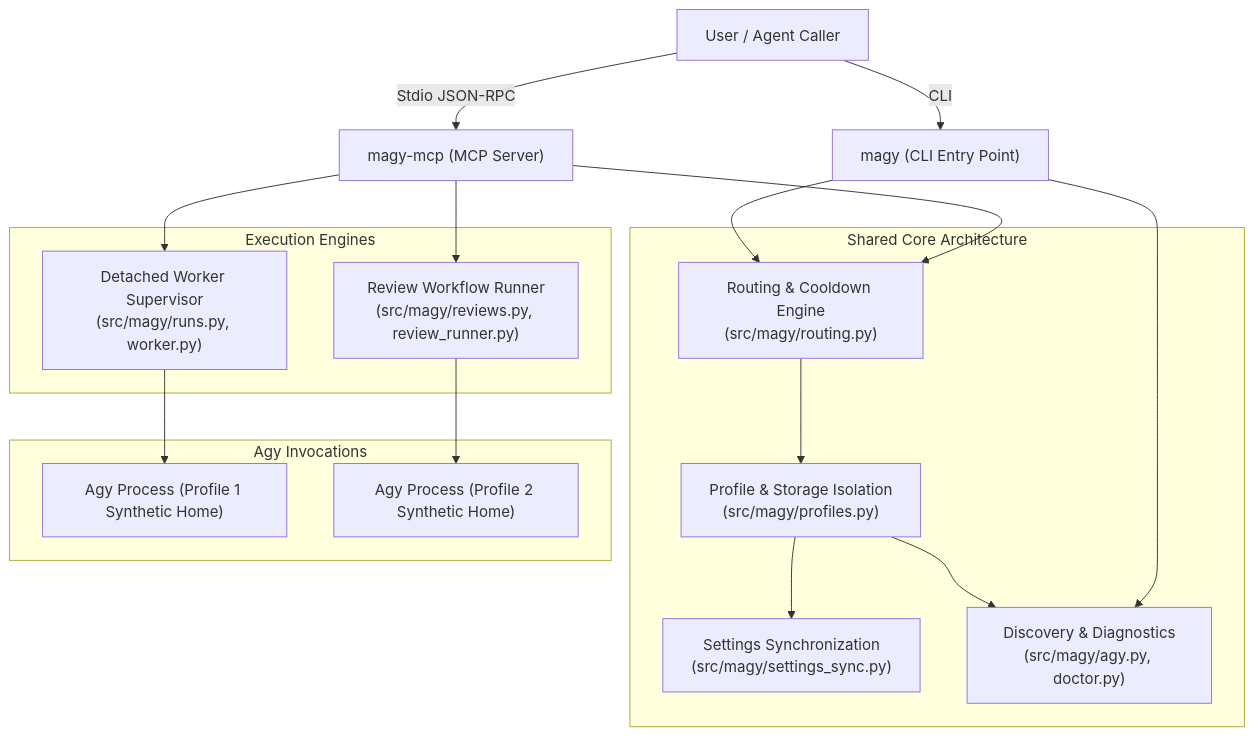
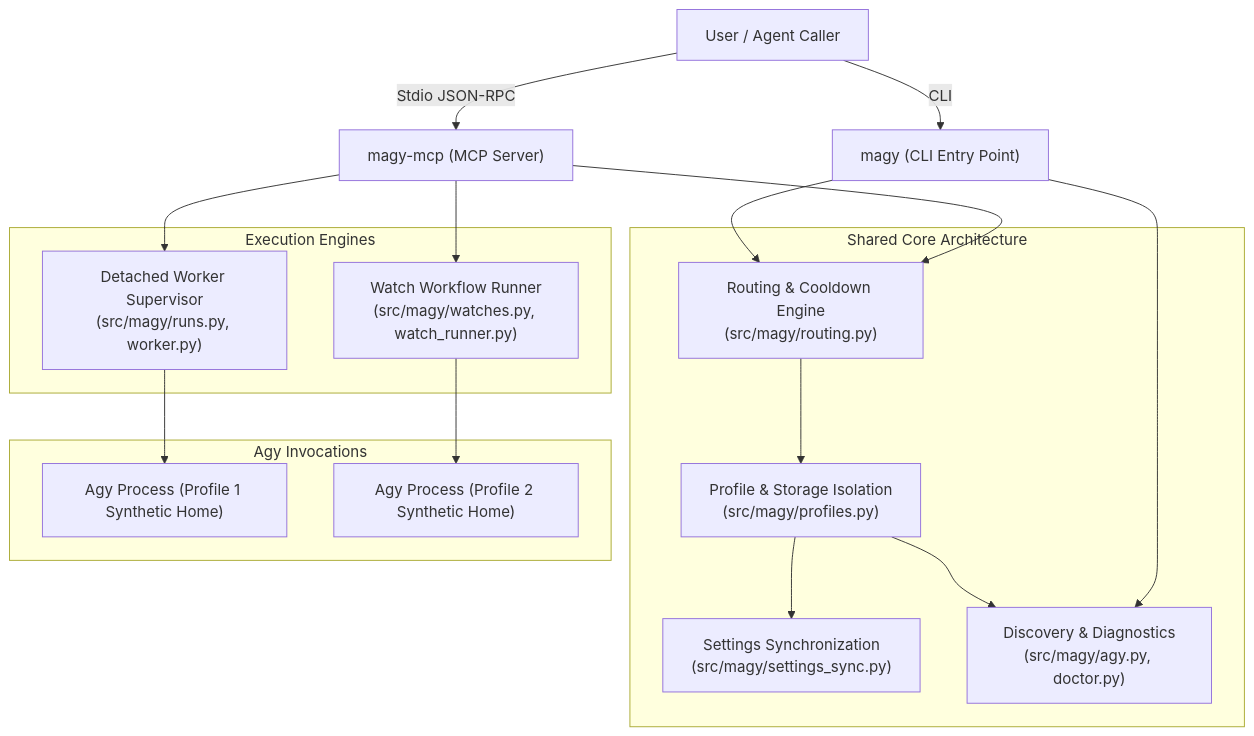
The first of 2 diagrams in docs/architecture/overview.md (vufly/magy), drawn with Mermaid before and after one commit. The commit also changed other lines of this file and 11 other files, not shown here.

Commit message:
refactor: eliminate review_* and legacy aliases in favor of watch_* domain

````diff
--- a/docs/architecture/overview.md
+++ b/docs/architecture/overview.md
@@ -14,35 +14,35 @@
 ```mermaid
 flowchart TD
     User["User / Agent Caller"] -->|CLI| CLI["magy (CLI Entry Point)"]
     User -->|Stdio JSON-RPC| MCP["magy-mcp (MCP Server)"]
     
     subgraph Core ["Shared Core Architecture"]
         Routing["Routing & Cooldown Engine\n(src/magy/routing.py)"]
         Profiles["Profile & Storage Isolation\n(src/magy/profiles.py)"]
         Sync["Settings Synchronization\n(src/magy/settings_sync.py)"]
         Discovery["Discovery & Diagnostics\n(src/magy/agy.py, doctor.py)"]
     end
     
     CLI --> Routing
     MCP --> Routing
     Routing --> Profiles
     Profiles --> Sync
     Profiles --> Discovery
     
     subgraph Execution ["Execution Engines"]
         Worker["Detached Worker Supervisor\n(src/magy/runs.py, worker.py)"]
-        Review["Review Workflow Runner\n(src/magy/reviews.py, review_runner.py)"]
+        Watch["Watch Workflow Runner\n(src/magy/watches.py, watch_runner.py)"]
     end
     
     MCP --> Worker
-    MCP --> Review
+    MCP --> Watch
     CLI --> Discovery
     
     subgraph Targets ["Agy Invocations"]
         AgyP1["Agy Process (Profile 1 Synthetic Home)"]
         AgyP2["Agy Process (Profile 2 Synthetic Home)"]
     end
     
     Worker --> AgyP1
-    Review --> AgyP2
+    Watch --> AgyP2
 ```
````
